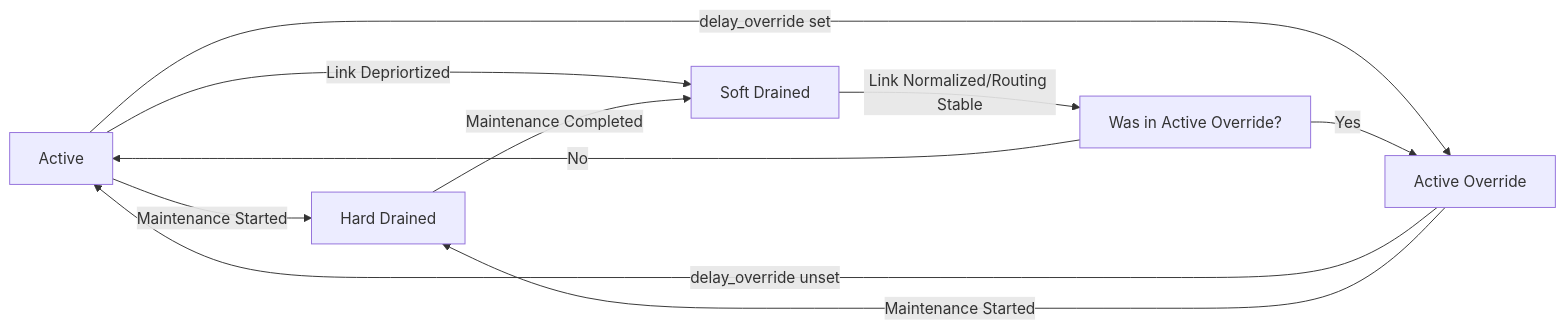
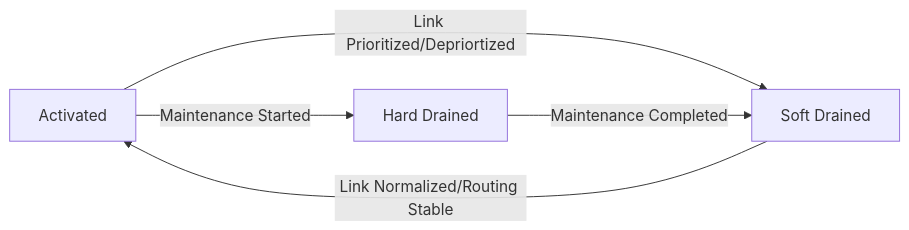
One commit to malbeclabs/doublezero changed the first of 4 diagrams in rfcs/rfc7-draining-device-link.md. Above: the diagram before and after it, drawn with Mermaid. The commit also changed other lines of this file, not shown here.

Commit message:
Rework traffic_status and edge_status to use link.status and edge.status.  Also replace active with activated state.

````diff
--- a/rfcs/rfc7-draining-device-link.md
+++ b/rfcs/rfc7-draining-device-link.md
@@ -82,13 +80,7 @@
 ```mermaid
 graph LR
-    ACTIVE[Active] -->|Maintenance Started| HARD_DRAINED[Hard Drained]
-    ACTIVE -->|Link Depriortized| SOFT_DRAINED[Soft Drained] 
-    ACTIVE -->|delay_override set| ACTIVE_OVERRIDE[Active Override]  
+    ACTIVATED[Activated] -->|Maintenance Started| HARD_DRAINED[Hard Drained]
+    ACTIVATED -->|Link Prioritized/Depriortized| SOFT_DRAINED[Soft Drained] 
     HARD_DRAINED -->|Maintenance Completed| SOFT_DRAINED 
-    SOFT_DRAINED -->|Link Normalized/Routing Stable| WAO[Was in Active Override?]
-    WAO -->|No| ACTIVE
-    WAO -->|Yes| ACTIVE_OVERRIDE
-    ACTIVE_OVERRIDE -->|delay_override unset| ACTIVE
-    ACTIVE_OVERRIDE -->|Maintenance Started| HARD_DRAINED  
-
+    SOFT_DRAINED -->|Link Normalized/Routing Stable| ACTIVATED
 ```
````
